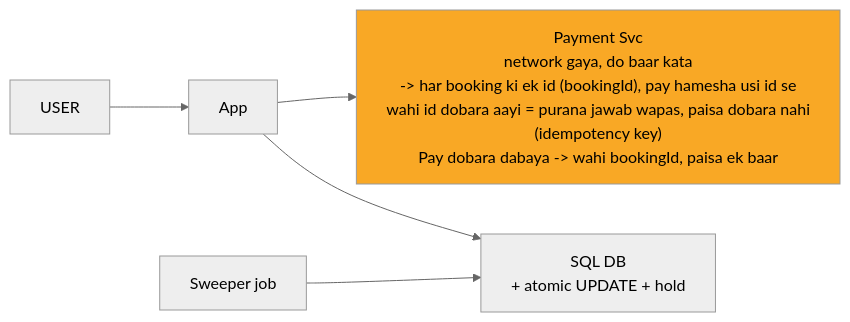
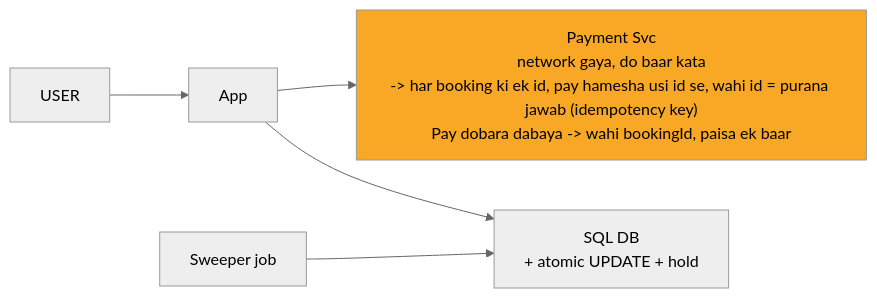
The diagram in 04_HLD/SYSTEM_DESIGNS/09_bookmyshow/img/c3.mmd (ArpanMaheshwari144/Prep), drawn with Mermaid (neutral theme) before and after one commit. The commit also changed 30 other files, not shown here.

```diff
--- a/04_HLD/SYSTEM_DESIGNS/09_bookmyshow/img/c3.mmd
+++ b/04_HLD/SYSTEM_DESIGNS/09_bookmyshow/img/c3.mmd
@@ -1,12 +1,12 @@
 %%{init: {"flowchart": {"wrappingWidth": 450}}}%%
 flowchart LR
     n_USER["USER"]
     n_App["App"]
-    n_Payment_Svc["Payment Svc<br/>network gaya, do baar kata<br/>-> har booking ki ek id (bookingId), pay hamesha usi id se<br/>wahi id dobara aayi = purana jawab wapas, paisa dobara nahi<br/>(idempotency key)<br/>Pay dobara dabaya -> wahi bookingId, paisa ek baar"]
+    n_Payment_Svc["Payment Svc<br/>network gaya, do baar kata<br/>-> har booking ki ek id, pay hamesha usi id se, wahi id = purana jawab (idempotency key)<br/>Pay dobara dabaya -> wahi bookingId, paisa ek baar"]
     n_SQL_DB["SQL DB<br/>+ atomic UPDATE + hold"]
     n_Sweeper_job["Sweeper job"]
     n_USER --> n_App
     n_App --> n_Payment_Svc
     n_App --> n_SQL_DB
     n_Sweeper_job --> n_SQL_DB
     style n_Payment_Svc fill:#f9a825,color:#000
```
